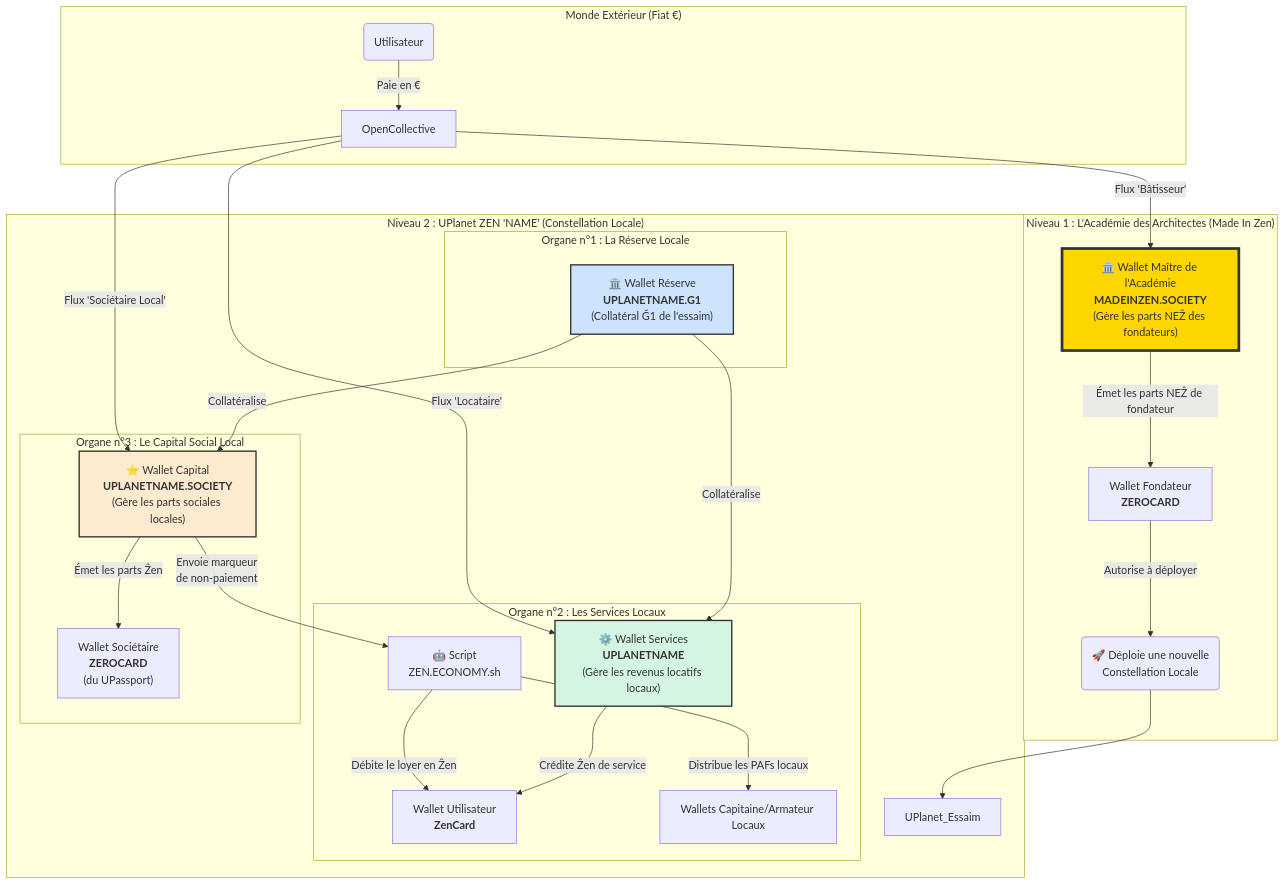
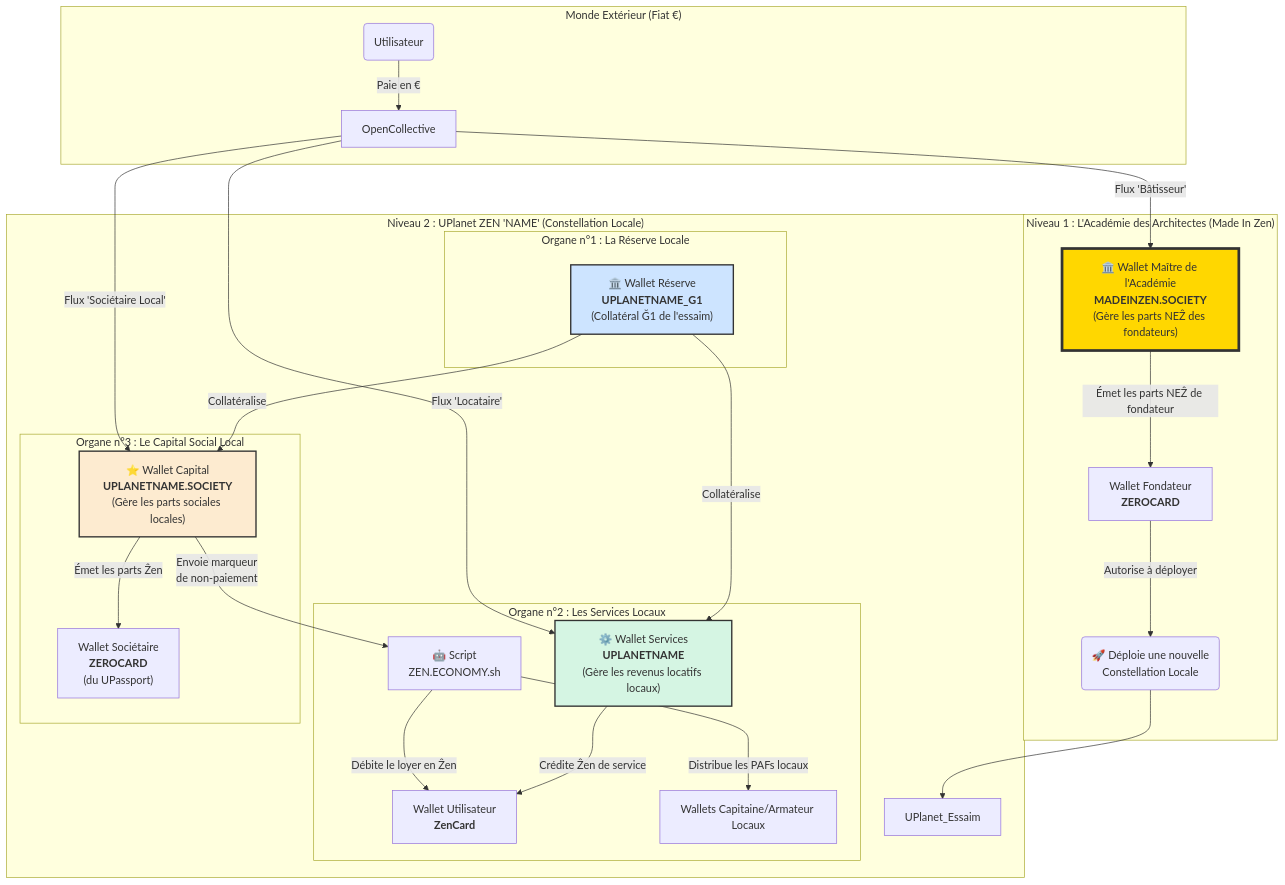
Before and after one commit to papiche/Astroport.ONE: the diagram in templates/mermaid_ZEN_Economy_tree_Mermaid.mmd, drawn with Mermaid. The commit also changed 34 other files, not shown here.

```diff
--- a/templates/mermaid_ZEN_Economy_tree_Mermaid.mmd
+++ b/templates/mermaid_ZEN_Economy_tree_Mermaid.mmd
@@ -1,41 +1,41 @@
 graph TD;
 
     subgraph "Monde Extérieur (Fiat €)";
         User(Utilisateur) -- "Paie en €" --> OC[OpenCollective];
     end
 
     subgraph "Niveau 1 : L'Académie des Architectes (Made In Zen)";
         style MIZ_SW fill:#ffd700,stroke:#333,stroke-width:4px
         OC -- "Flux 'Bâtisseur'" --> MIZ_SW["🏛️ Wallet Maître de l'Académie<br/><b>MADEINZEN.SOCIETY</b><br/>(Gère les parts NEẐ des fondateurs)"];
         MIZ_SW -- "Émet les parts NEẐ de fondateur" --> Founder_ZC["Wallet Fondateur<br/><b>ZEROCARD</b>"];
         Founder_ZC -- "Autorise à déployer" --> Deploiement("🚀 Déploie une nouvelle<br/>Constellation Locale");
     end
 
     Deploiement --> UPlanet_Essaim;
 
     subgraph "Niveau 2 : UPlanet ZEN 'NAME' (Constellation Locale)";
       UPlanet_Essaim
       subgraph "Organe n°1 : La Réserve Locale";
           style G1W fill:#cde4ff,stroke:#333,stroke-width:2px
-          G1W["🏛️ Wallet Réserve<br/><b>UPLANETNAME.G1</b><br/>(Collatéral Ğ1 de l'essaim)"];
+          G1W["🏛️ Wallet Réserve<br/><b>UPLANETNAME_G1</b><br/>(Collatéral Ğ1 de l'essaim)"];
       end
 
       subgraph "Organe n°2 : Les Services Locaux";
           style UW fill:#d5f5e3,stroke:#333,stroke-width:2px
           UW["⚙️ Wallet Services<br/><b>UPLANETNAME</b><br/>(Gère les revenus locatifs locaux)"];
           G1W -- "Collatéralise" --> UW;
           OC -- "Flux 'Locataire'" --> UW;
           UW -- "Crédite Ẑen de service" --> ZenCard["Wallet Utilisateur<br/><b>ZenCard</b>"];
           Script["🤖 Script<br/>ZEN.ECONOMY.sh"] -- "Débite le loyer en Ẑen" --> ZenCard;
           Script -- "Distribue les PAFs locaux" --> InfraWallets["Wallets Capitaine/Armateur Locaux"];
       end
       
       subgraph "Organe n°3 : Le Capital Social Local";
           style SW fill:#fdebd0,stroke:#333,stroke-width:2px
           SW["⭐ Wallet Capital<br/><b>UPLANETNAME.SOCIETY</b><br/>(Gère les parts sociales locales)"];
           G1W -- "Collatéralise" --> SW;
           OC -- "Flux 'Sociétaire Local'" --> SW;
           SW -- "Émet les parts Ẑen" --> ZeroCard["Wallet Sociétaire<br/><b>ZEROCARD</b><br/>(du UPassport)"];
           SW -- "Envoie marqueur<br/>de non-paiement" --> Script;
       end
     end
```
